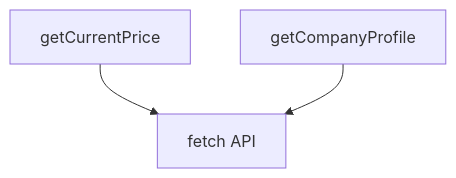
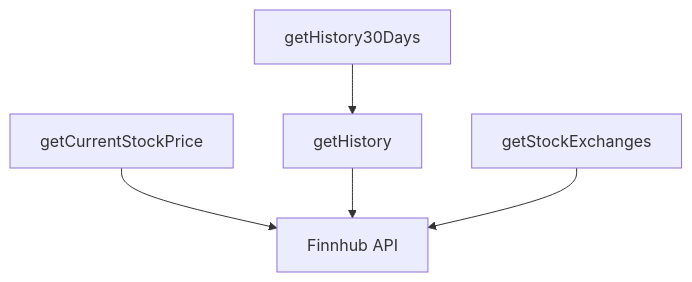
The second of 3 diagrams in src/service/stockAPIService/README.md (ChristianScheub/Typescript_PassivIncomeCalculator), drawn with Mermaid before and after one commit. The commit also changed other lines of this file and 43 other files, not shown here.

````diff
--- a/src/service/stockAPIService/README.md
+++ b/src/service/stockAPIService/README.md
@@ -70,5 +64,7 @@
 ```mermaid
 flowchart TD
-    A[getCurrentPrice] --> B[fetch API]
-    C[getCompanyProfile] --> B
+    A[getCurrentStockPrice] --> B[Finnhub API]
+    C[getHistory] --> B
+    D[getStockExchanges] --> B
+    E[getHistory30Days] --> C
 ```
````
